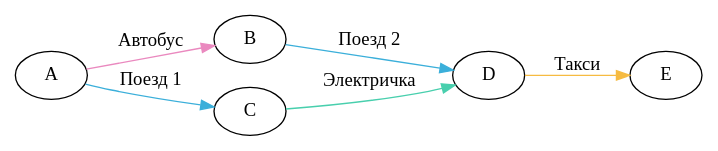
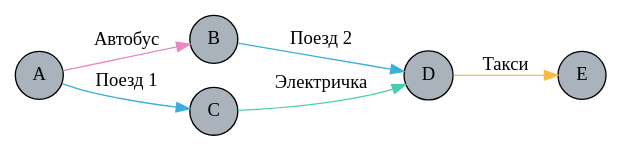
The diagram in documents/thesis/images/multimodal_example.dot (khovanskiy/bachelor-thesis), drawn with Graphviz before and after one commit. The commit also changed 12 other files, not shown here.

```diff
--- a/documents/thesis/images/multimodal_example.dot
+++ b/documents/thesis/images/multimodal_example.dot
@@ -1,18 +1,19 @@
 # train 		= 3bafda
 # local train 	= 48cfad
 # bus 			= ea89bf
 # taxi			= f6bb42
 # plane			= fc6e51
 digraph example {
 	rankdir = LR;
+	node [style=filled, shape=circle, fillcolor="#aab2bc", fontcolor="#000000"];
 	A;
 	B;
 	C;
 	D;
 	E;
 	A -> B [label="Автобус", color="#ea89bf"];
 	A -> C [label="Поезд 1", color="#3bafda"];
 	B -> D [label="Поезд 2", color="#3bafda"];
 	C -> D [label="Электричка", color="#48cfad"];
 	D -> E [label="Такси", color="#f6bb42"];
 }
```
